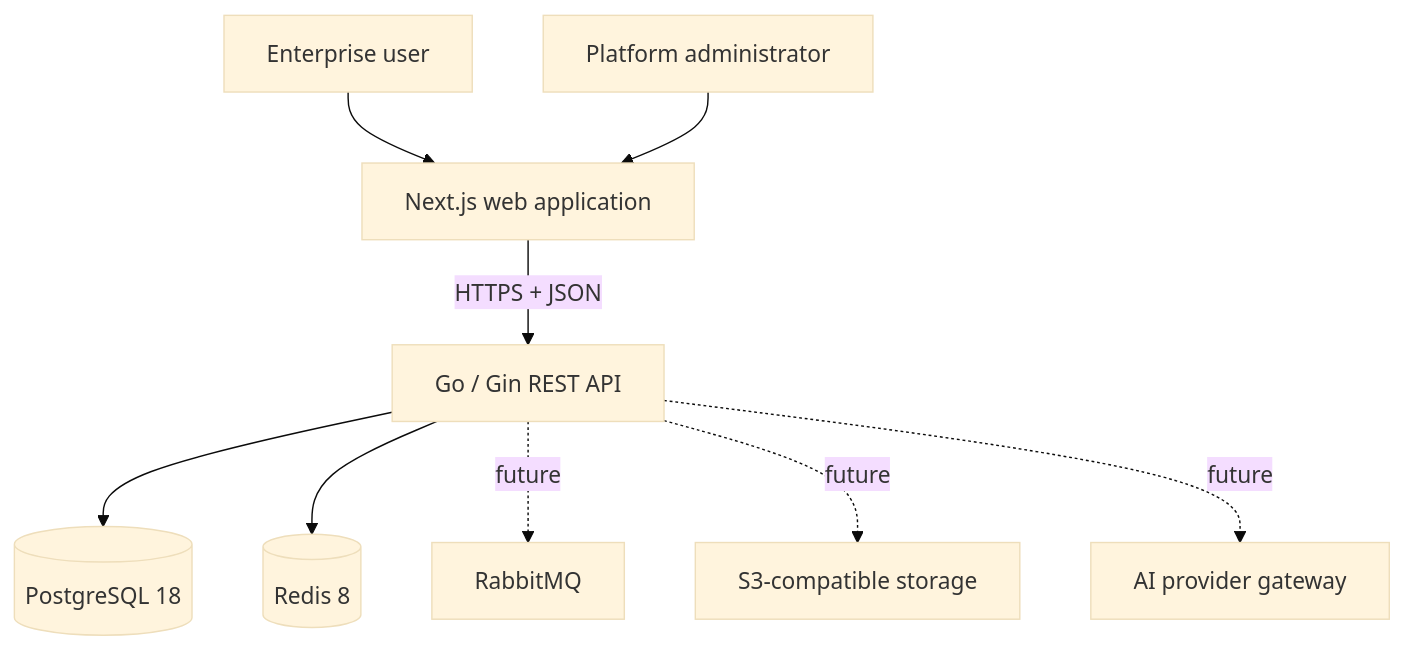
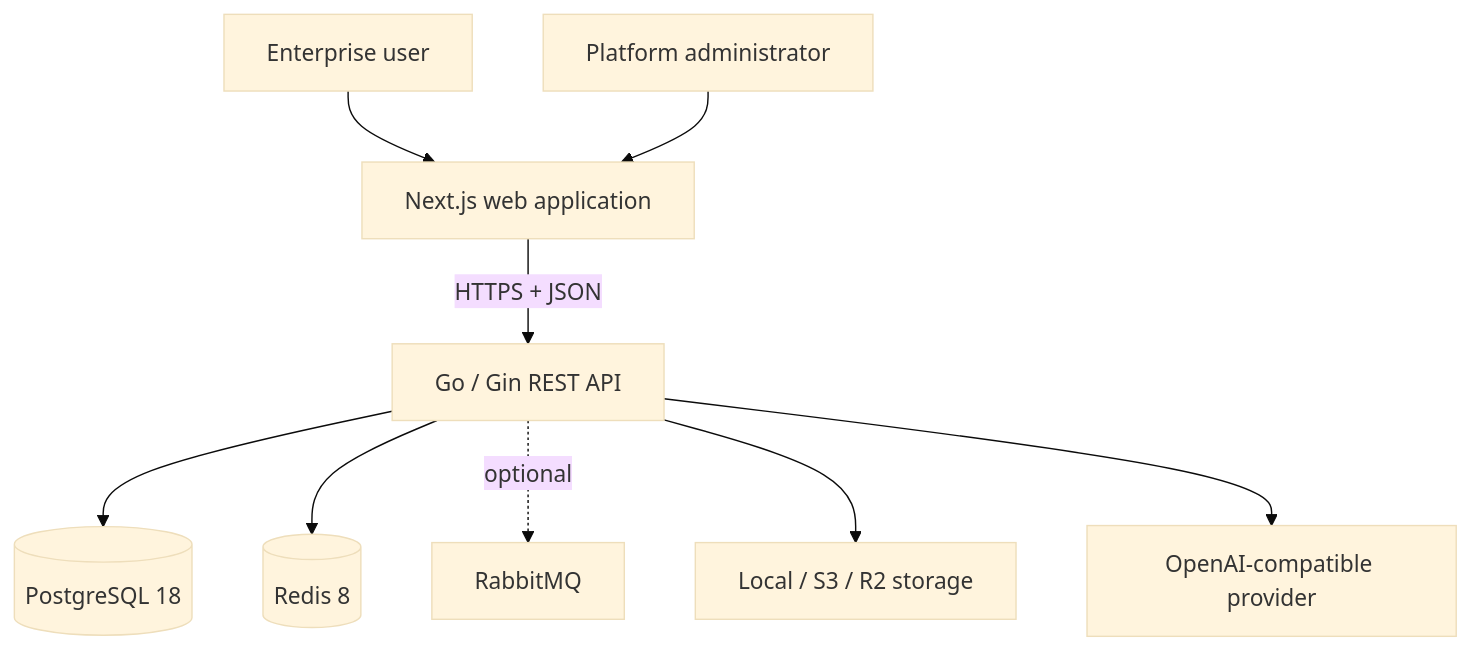
One commit to NeoStackLab/NexaFlow changed the first of 2 diagrams in docs/architecture.md. Above: the diagram before and after it, drawn with Mermaid (base theme). The commit also changed other lines of this file and 149 other files, not shown here.

````diff
--- a/docs/architecture.md
+++ b/docs/architecture.md
@@ -12,11 +12,11 @@
 ```mermaid
 flowchart TB
     User["Enterprise user"] --> Web["Next.js web application"]
     Admin["Platform administrator"] --> Web
     Web -->|"HTTPS + JSON"| API["Go / Gin REST API"]
     API --> PG[("PostgreSQL 18")]
     API --> Redis[("Redis 8")]
-    API -. future .-> MQ["RabbitMQ"]
-    API -. future .-> S3["S3-compatible storage"]
-    API -. future .-> AI["AI provider gateway"]
+    API -. optional .-> MQ["RabbitMQ"]
+    API --> S3["Local / S3 / R2 storage"]
+    API --> AI["OpenAI-compatible provider"]
 ```
````
